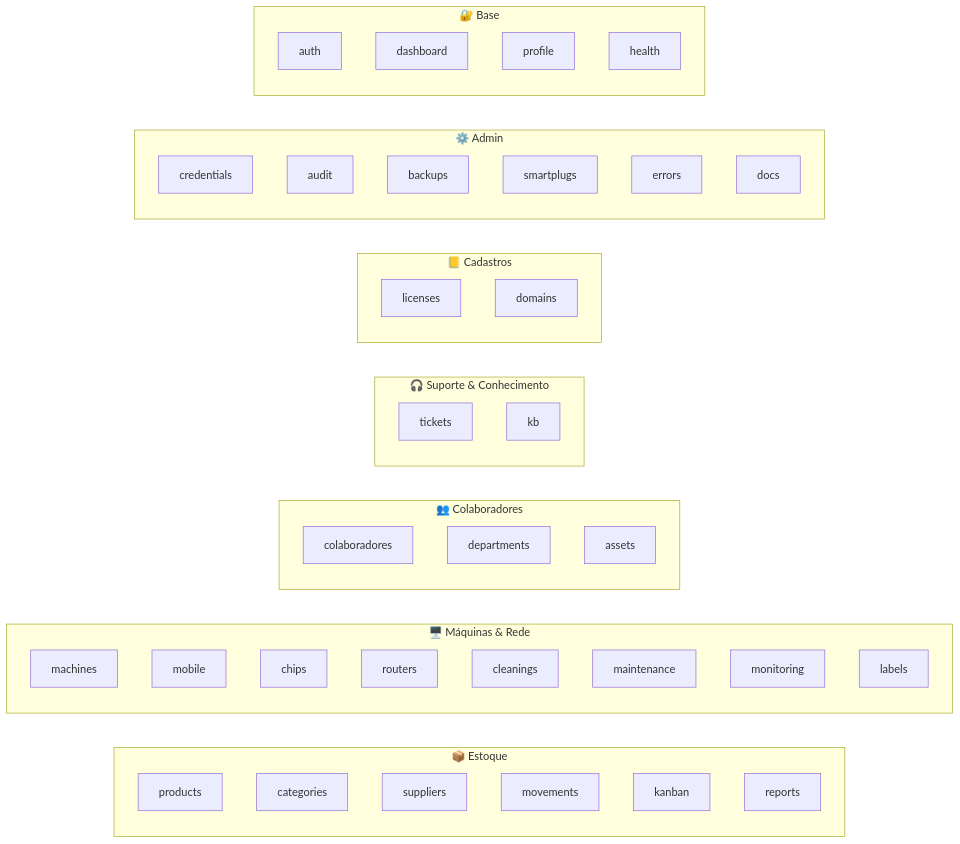
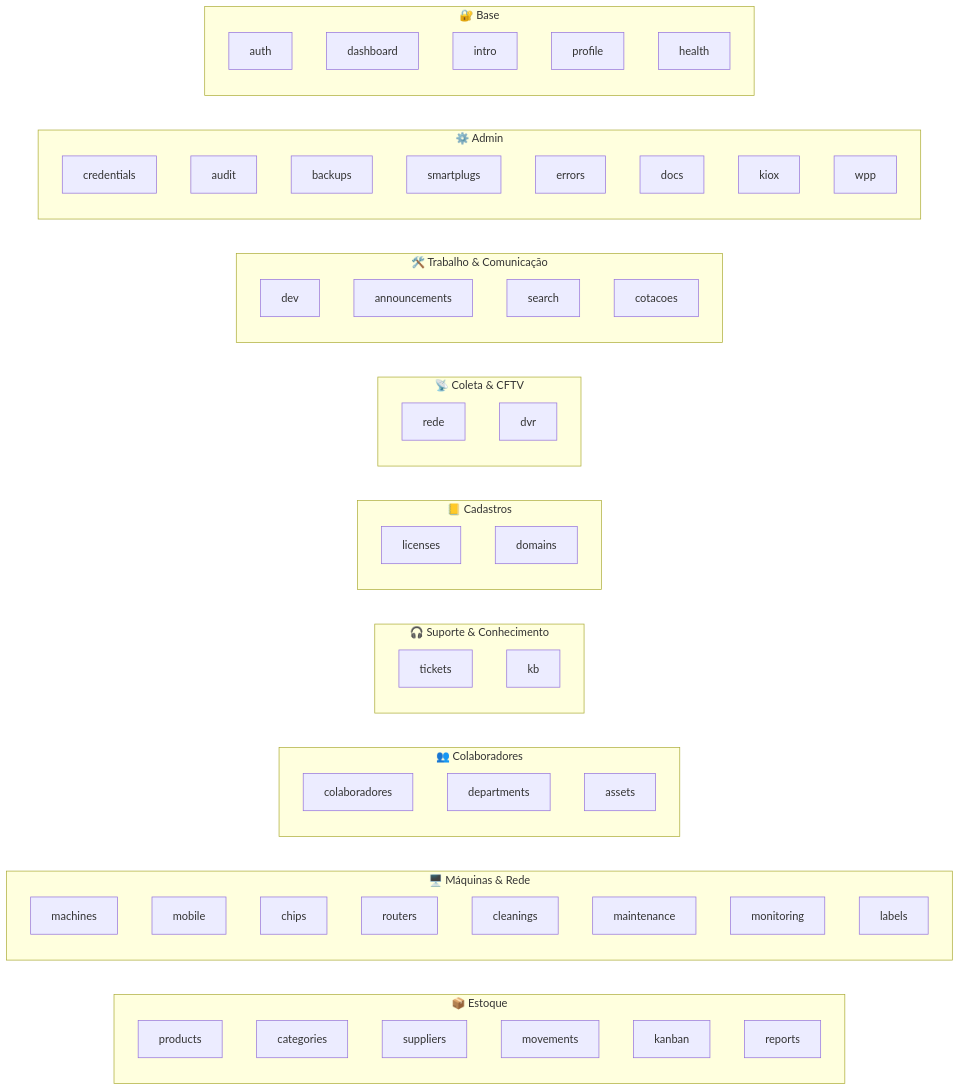
One commit to nerdGG094/InvenSync changed the third of 26 diagrams in docs/DOCUMENTACAO.md. Above: the diagram before and after it, drawn with Mermaid. The commit also changed other lines of this file and 2 other files, not shown here.

````diff
--- a/docs/DOCUMENTACAO.md
+++ b/docs/DOCUMENTACAO.md
@@ -148,24 +173,30 @@
 ```mermaid
 flowchart LR
     subgraph ESTOQUE["📦 Estoque"]
         products & categories & suppliers & movements & kanban & reports
     end
     subgraph MAQUINAS["🖥️ Máquinas & Rede"]
         machines & mobile & chips & routers & cleanings & maintenance & monitoring & labels
     end
     subgraph PESSOAS["👥 Colaboradores"]
         colaboradores & departments & assets
     end
     subgraph SUPORTE["🎧 Suporte & Conhecimento"]
         tickets & kb
     end
     subgraph CADASTROS["📒 Cadastros"]
         licenses & domains
     end
+    subgraph COLETA["📡 Coleta & CFTV"]
+        rede & dvr
+    end
+    subgraph TRABALHO["🛠️ Trabalho & Comunicação"]
+        dev & announcements & search & cotacoes
+    end
     subgraph ADMIN["⚙️ Admin"]
-        credentials & audit & backups & smartplugs & errors & docs
+        credentials & audit & backups & smartplugs & errors & docs & kiox & wpp
     end
     subgraph BASE["🔐 Base"]
-        auth & dashboard & profile & health
+        auth & dashboard & intro & profile & health
     end
 ```
````
